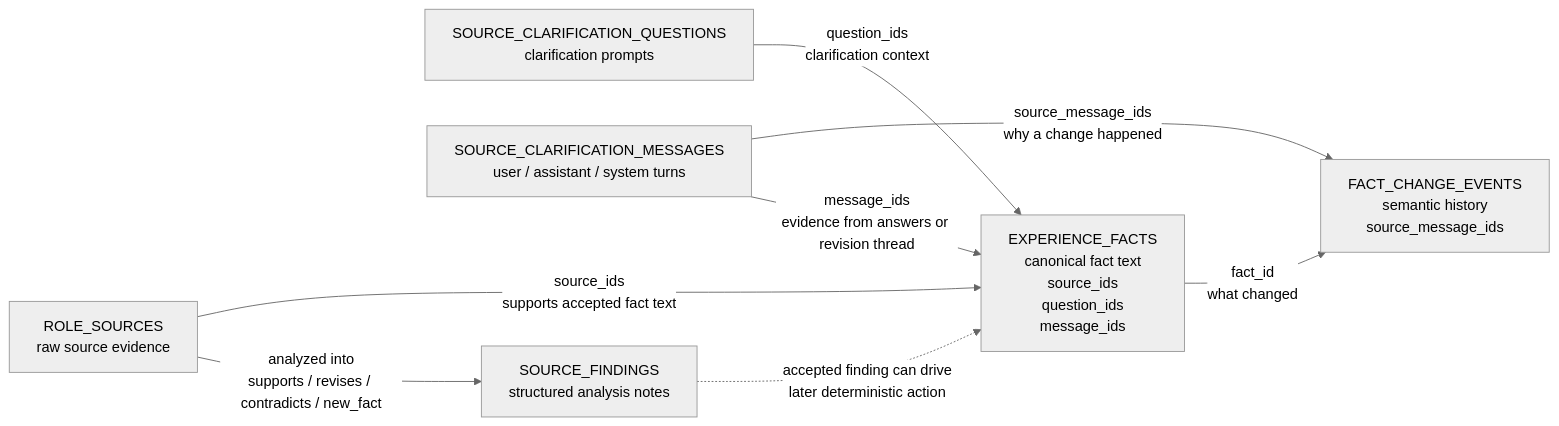
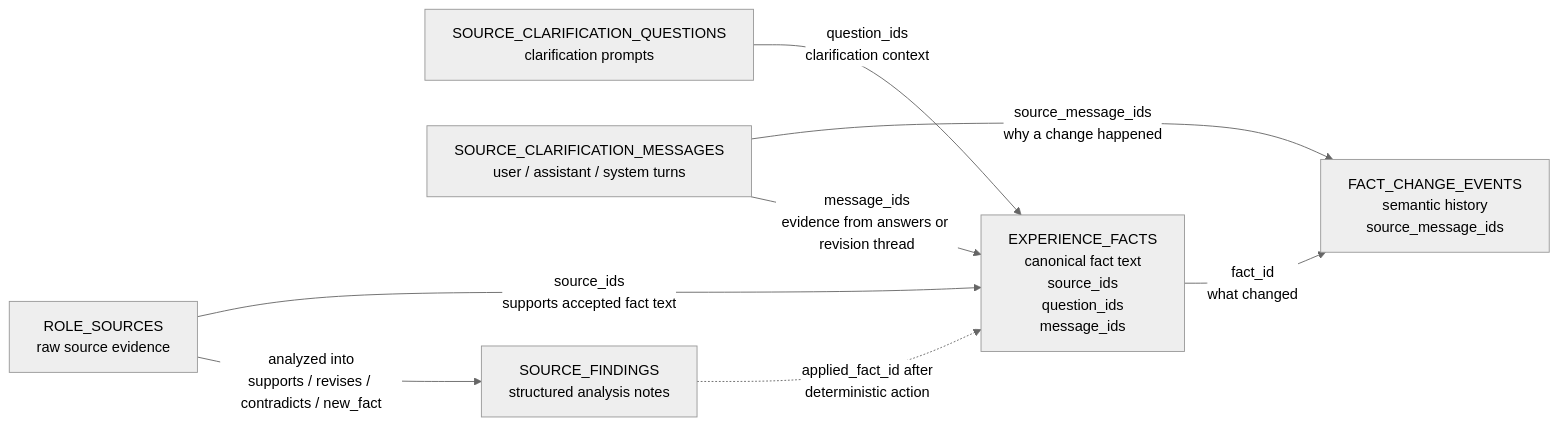
The third of 3 diagrams in docs/er-diagram.md (rsauers0/career-agent), drawn with Mermaid (neutral theme) before and after one commit. The commit also changed other lines of this file and 16 other files, not shown here.

First line of the commit message:
feat: apply accepted source findings to facts

````diff
--- a/docs/er-diagram.md
+++ b/docs/er-diagram.md
@@ -62,17 +63,17 @@
 ```mermaid
 flowchart LR
     Sources["ROLE_SOURCES<br/>raw source evidence"]
     Questions["SOURCE_CLARIFICATION_QUESTIONS<br/>clarification prompts"]
     Messages["SOURCE_CLARIFICATION_MESSAGES<br/>user / assistant / system turns"]
     Findings["SOURCE_FINDINGS<br/>structured analysis notes"]
     Facts["EXPERIENCE_FACTS<br/>canonical fact text<br/>source_ids<br/>question_ids<br/>message_ids"]
     Events["FACT_CHANGE_EVENTS<br/>semantic history<br/>source_message_ids"]
 
     Sources -->|"analyzed into<br/>supports / revises / contradicts / new_fact"| Findings
-    Findings -. "accepted finding can drive<br/>later deterministic action" .-> Facts
+    Findings -. "applied_fact_id after<br/>deterministic action" .-> Facts
     Sources -->|"source_ids<br/>supports accepted fact text"| Facts
     Questions -->|"question_ids<br/>clarification context"| Facts
     Messages -->|"message_ids<br/>evidence from answers or revision thread"| Facts
     Messages -->|"source_message_ids<br/>why a change happened"| Events
     Facts -->|"fact_id<br/>what changed"| Events
 ```
````
